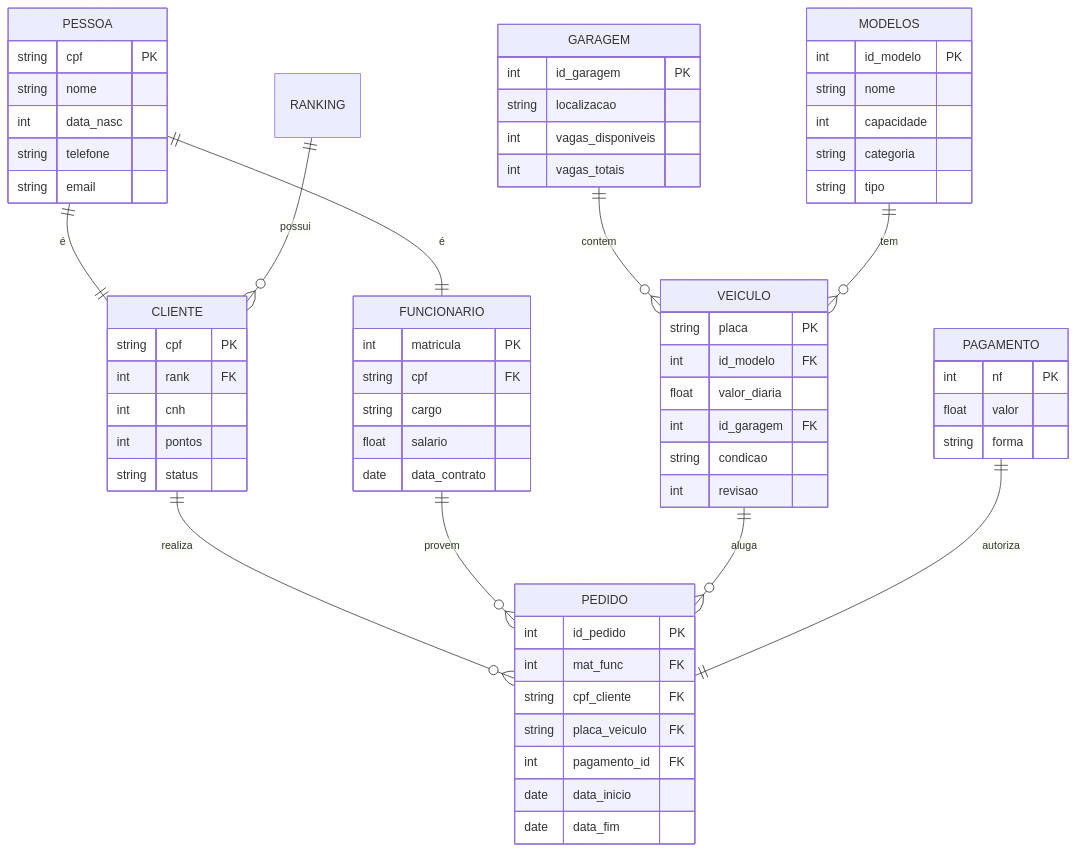
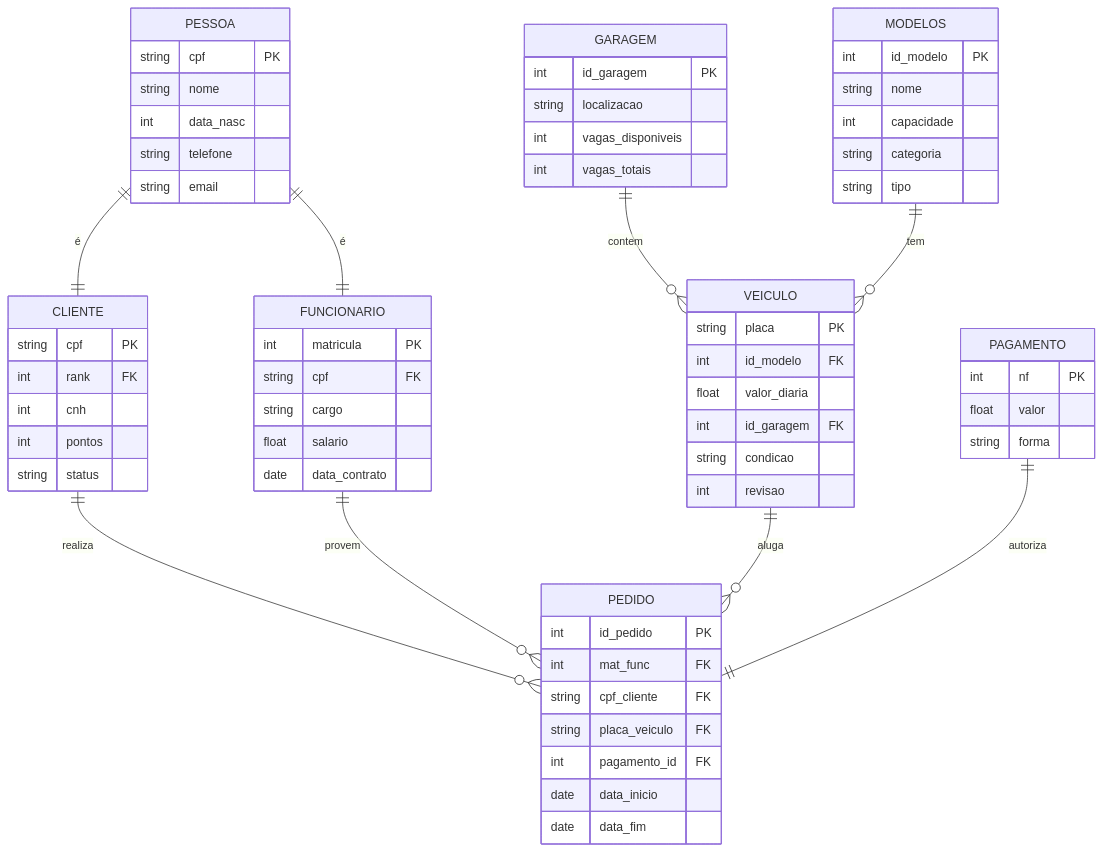
The diagram in README.md (pedro-tsa/alucar), drawn with Mermaid before and after one commit.

Commit message:
Remove ranking relationship from README

````diff
--- a/README.md
+++ b/README.md
@@ -3,80 +3,79 @@
 ```mermaid
     erDiagram
 
 PESSOA {
     string cpf PK
     string nome
     int data_nasc
     string telefone
     string email
 }
 
 CLIENTE {
     string cpf PK
     int rank FK
     int cnh
     int pontos
     string status
 }
 
 FUNCIONARIO {
     int matricula PK
     string cpf FK
     string cargo
     float salario
     date data_contrato
 }
 
 VEICULO {
     string placa PK
     int id_modelo FK
     float valor_diaria
     int id_garagem FK
     string condicao
     int revisao
 }
 
 MODELOS {
     int id_modelo PK
     string nome
     int capacidade
     string categoria
     string tipo
 }
 
 GARAGEM {
     int id_garagem PK
     string localizacao
     int vagas_disponiveis
     int vagas_totais
 }
 
 PAGAMENTO {
     int nf PK
     float valor
     string forma
 }
 
 PEDIDO {
     int id_pedido PK
     int mat_func FK
     string cpf_cliente FK
     string placa_veiculo FK
     int pagamento_id FK
     date data_inicio
     date data_fim
 }
 PESSOA ||--|| CLIENTE : "é"
 PESSOA ||--|| FUNCIONARIO : "é"
 
 GARAGEM ||--o{ VEICULO : contem
 MODELOS ||--o{ VEICULO : tem
 
 CLIENTE ||--o{ PEDIDO : realiza
 FUNCIONARIO ||--o{ PEDIDO : provem
 VEICULO ||--o{ PEDIDO : aluga
 
-RANKING ||--o{ CLIENTE : possui
 PAGAMENTO ||--|| PEDIDO : autoriza
 
 ```
````
